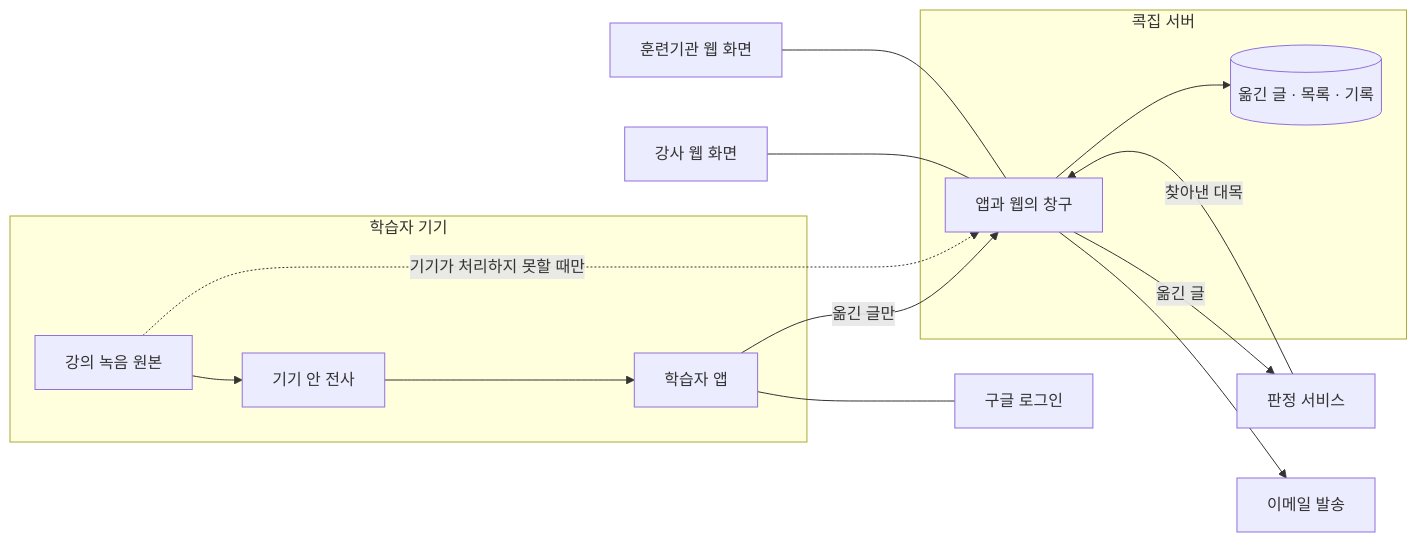
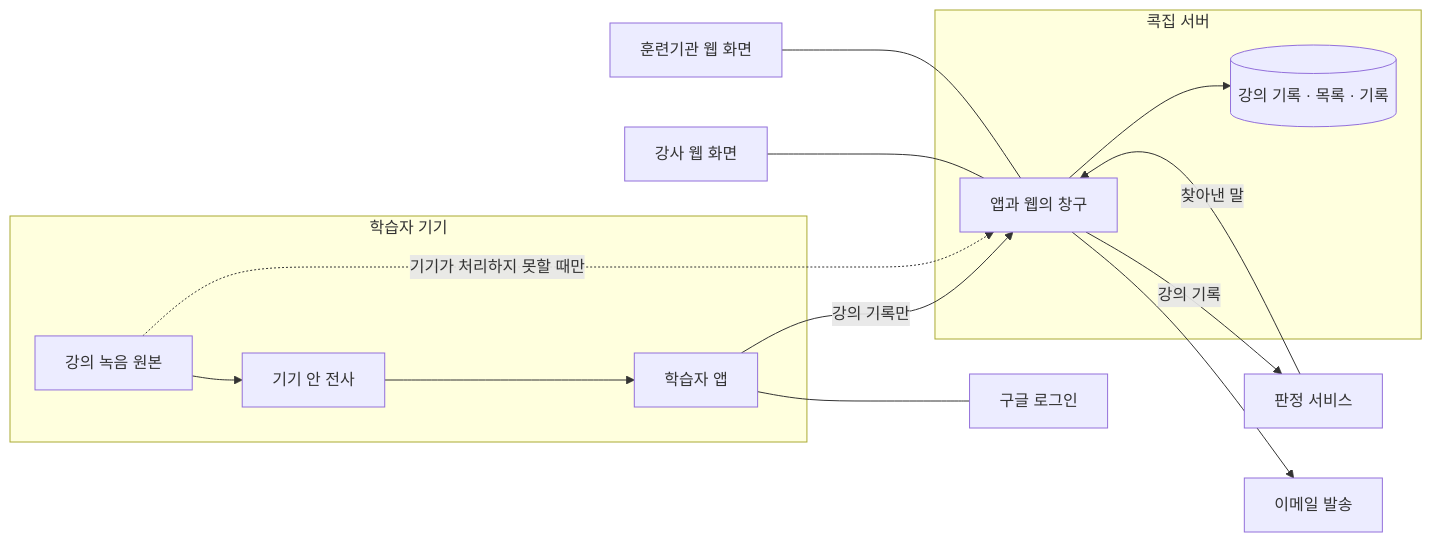
One commit to hayoungv/kokjip changed the first of 7 diagrams in docs/02-srs/srs.md. Above: the diagram before and after it, drawn with Mermaid. The commit also changed other lines of this file and 29 other files, not shown here.

````diff
--- a/docs/02-srs/srs.md
+++ b/docs/02-srs/srs.md
@@ -67,29 +67,29 @@
 ```mermaid
 flowchart LR
     subgraph 기기["학습자 기기"]
         원본["강의 녹음 원본"]
         전사["기기 안 전사"]
         앱["학습자 앱"]
     end
     subgraph 서버["콕집 서버"]
         창구["앱과 웹의 창구"]
-        저장소[("옮긴 글 · 목록 · 기록")]
+        저장소[("강의 기록 · 목록 · 기록")]
     end
     강사웹["강사 웹 화면"]
     기관웹["훈련기관 웹 화면"]
     판정["판정 서비스"]
     로그인["구글 로그인"]
     메일["이메일 발송"]
 
     원본 --> 전사
     전사 --> 앱
-    앱 -->|"옮긴 글만"| 창구
+    앱 -->|"강의 기록만"| 창구
     원본 -.->|"기기가 처리하지 못할 때만"| 창구
     창구 --> 저장소
-    창구 -->|"옮긴 글"| 판정
-    판정 -->|"찾아낸 대목"| 창구
+    창구 -->|"강의 기록"| 판정
+    판정 -->|"찾아낸 말"| 창구
     앱 --- 로그인
     창구 --> 메일
     강사웹 --- 창구
     기관웹 --- 창구
 ```
````
